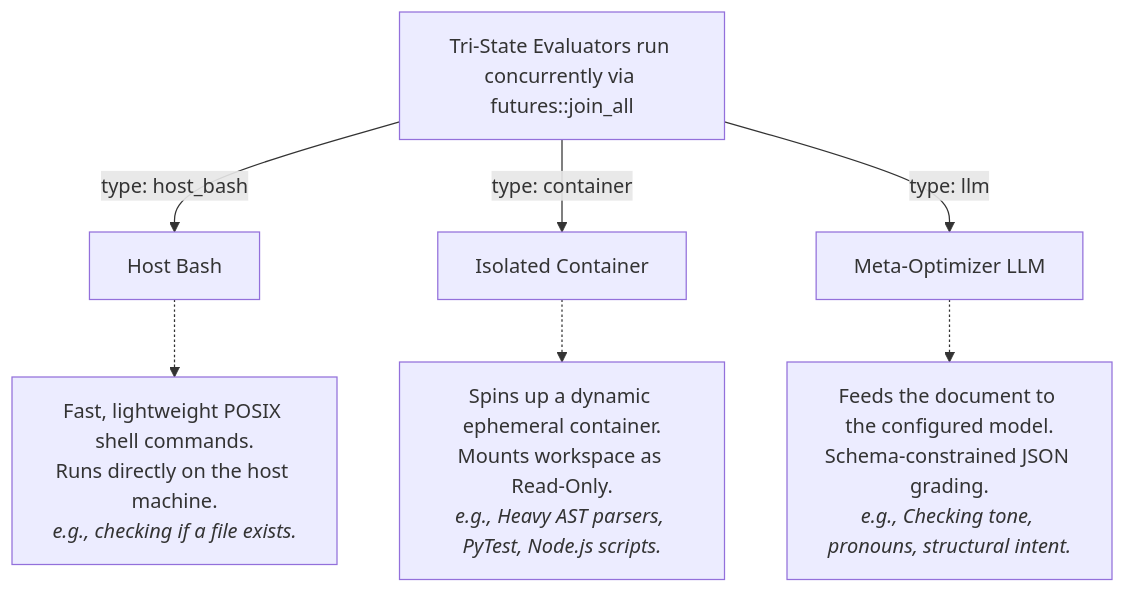
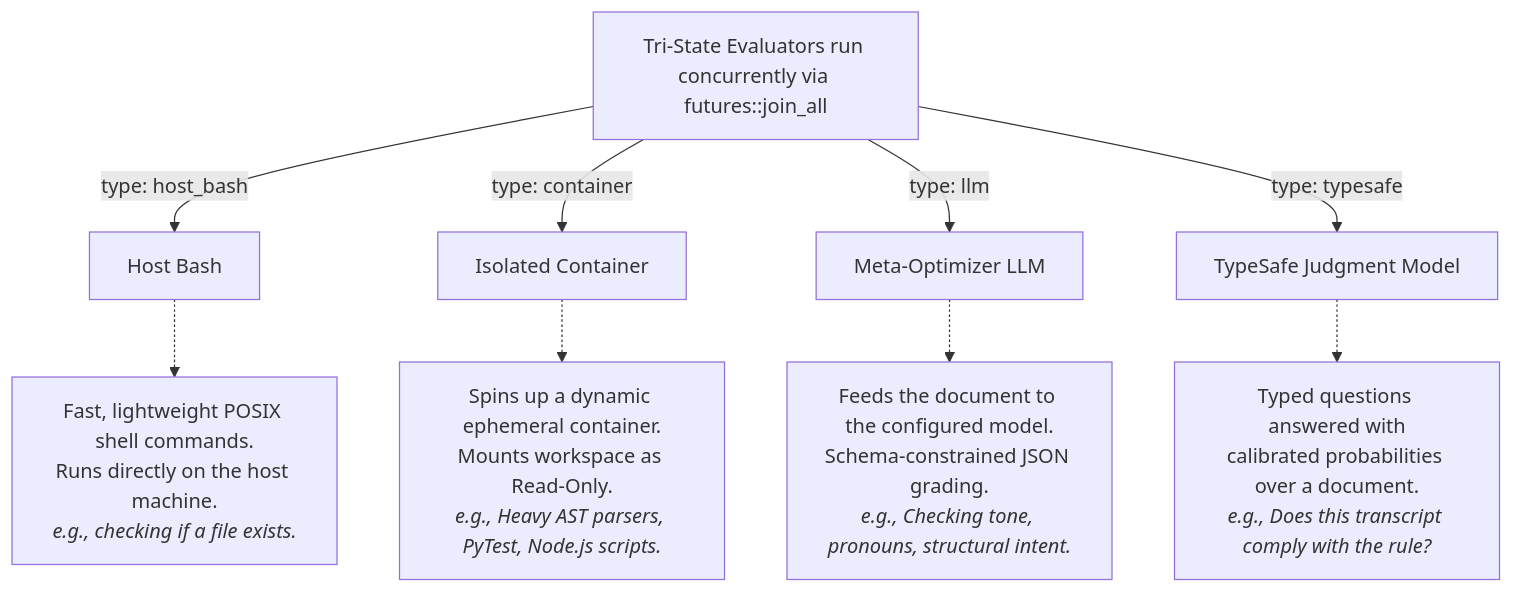
The fourth of 4 diagrams in docs/ARCHITECTURE.md (Cognilogical/NeuroPlasticity), drawn with Mermaid before and after one commit. The commit also changed other lines of this file and 13 other files, not shown here.

````diff
--- a/docs/ARCHITECTURE.md
+++ b/docs/ARCHITECTURE.md
@@ -124,13 +124,16 @@
 ```mermaid
 flowchart TD
     Eval[Tri-State Evaluators run concurrently via futures::join_all]
     
     Eval -->|type: host_bash| HB[Host Bash]
     HB -.-> HBD[Fast, lightweight POSIX shell commands.<br>Runs directly on the host machine.<br><i>e.g., checking if a file exists.</i>]
     
     Eval -->|type: container| Cont[Isolated Container]
     Cont -.-> ContD[Spins up a dynamic ephemeral container.<br>Mounts workspace as Read-Only.<br><i>e.g., Heavy AST parsers, PyTest, Node.js scripts.</i>]
     
     Eval -->|type: llm| L[Meta-Optimizer LLM]
     L -.-> LD[Feeds the document to the configured model.<br>Schema-constrained JSON grading.<br><i>e.g., Checking tone, pronouns, structural intent.</i>]
+
+    Eval -->|type: typesafe| TS[TypeSafe Judgment Model]
+    TS -.-> TSD[Typed questions answered with<br>calibrated probabilities over a document.<br><i>e.g., Does this transcript comply with the rule?</i>]
 ```
````
